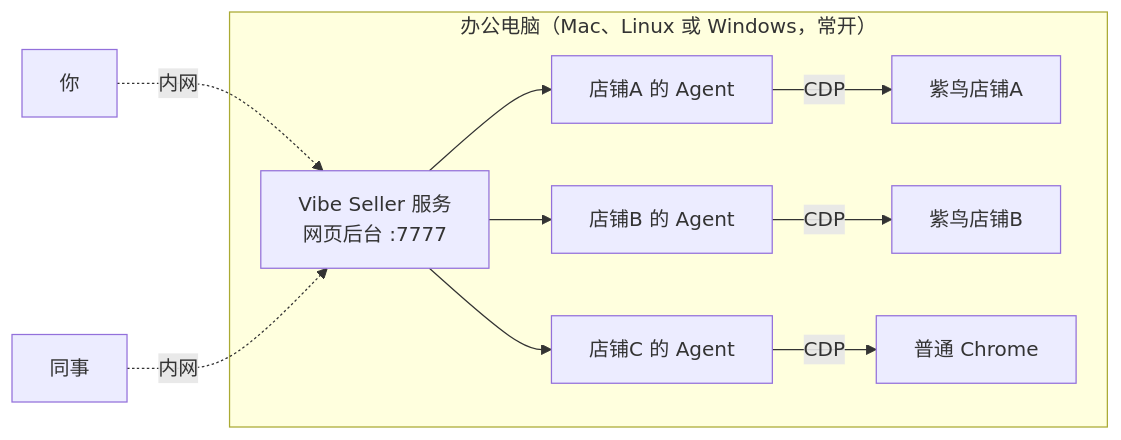
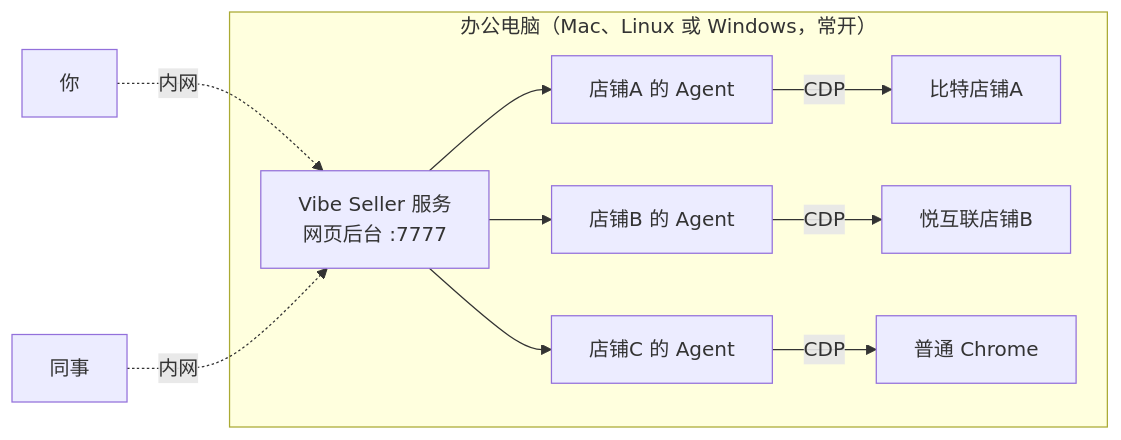
Before and after one commit to zpoint/vibe-seller: the diagram in README.md, drawn with Mermaid. The commit also changed other lines of this file and 3 other files, not shown here.

````diff
--- a/README.md
+++ b/README.md
@@ -41,14 +41,14 @@
 ```mermaid
 flowchart LR
     U1[你] -.内网.-> S
     U2[同事] -.内网.-> S
     subgraph OfficeHost["办公电脑（Mac、Linux 或 Windows，常开）"]
         S[Vibe Seller 服务<br/>网页后台 :7777]
         S --> A1[店铺A 的 Agent]
         S --> A2[店铺B 的 Agent]
         S --> A3[店铺C 的 Agent]
-        A1 -->|CDP| Z1[紫鸟店铺A]
-        A2 -->|CDP| Z2[紫鸟店铺B]
+        A1 -->|CDP| Z1[比特店铺A]
+        A2 -->|CDP| Z2[悦互联店铺B]
         A3 -->|CDP| C1[普通 Chrome]
     end
 ```
````
